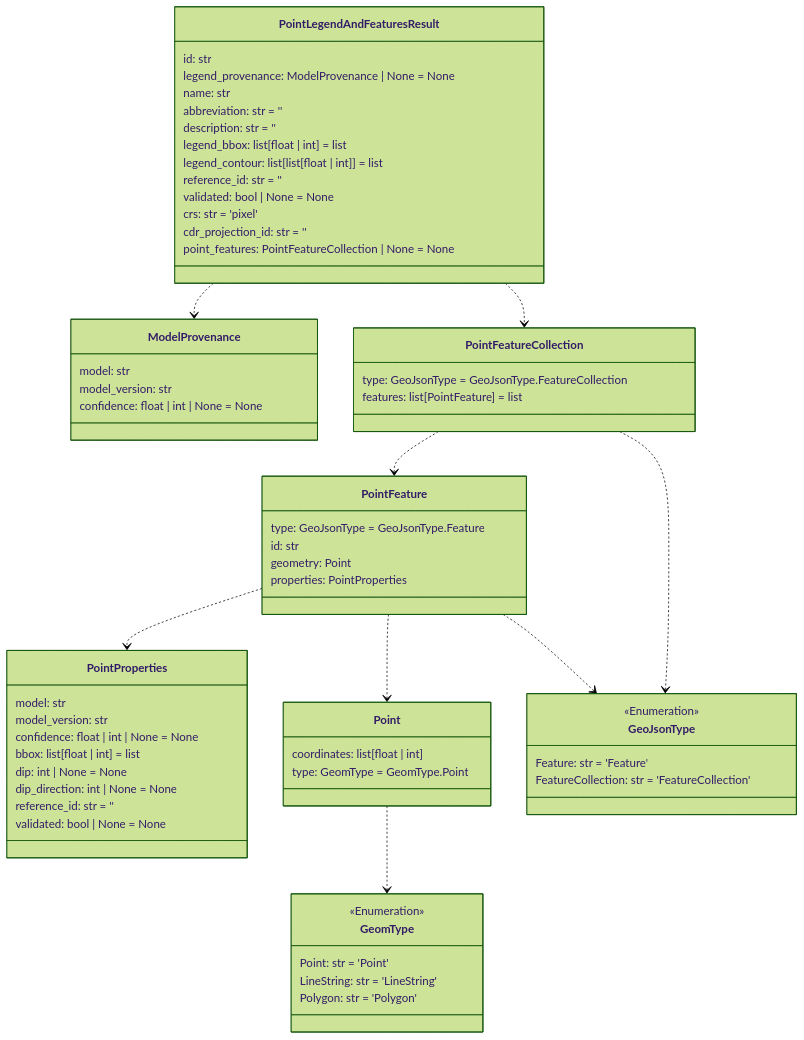
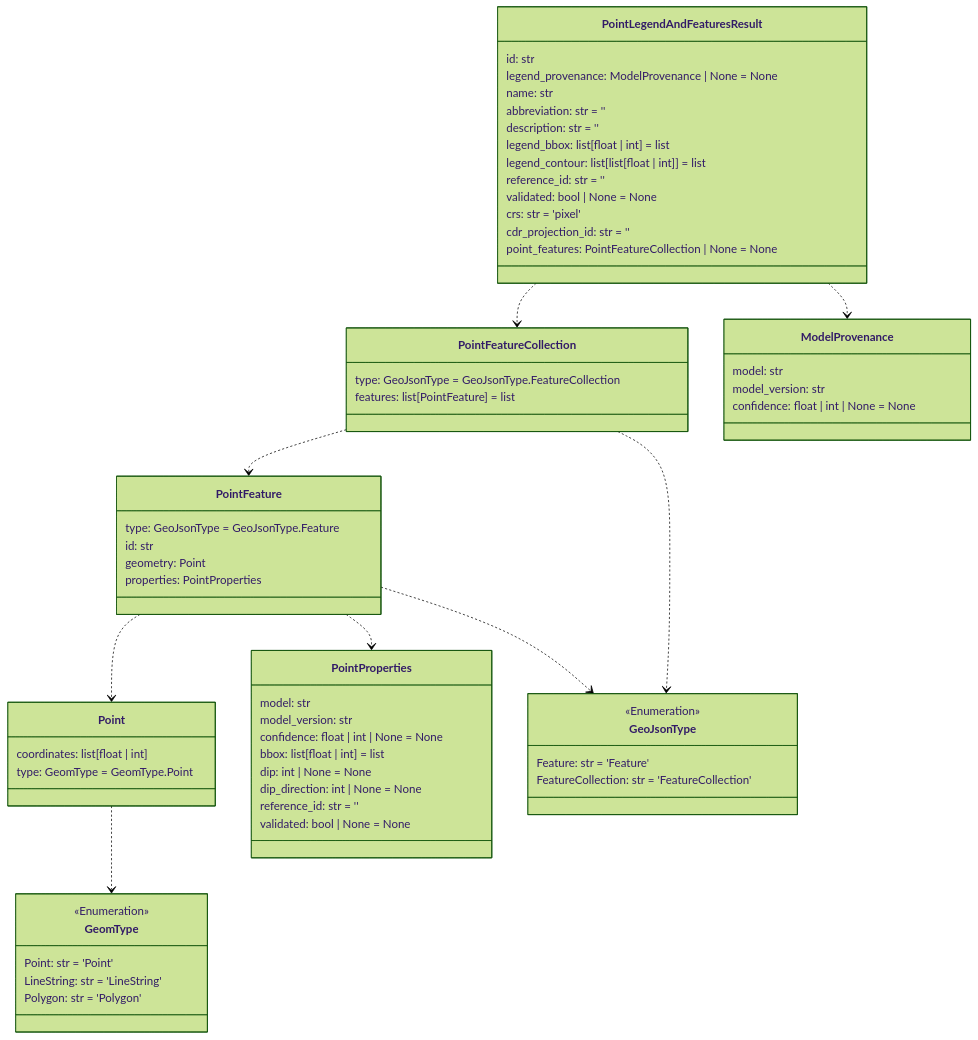
One commit to DARPA-CRITICALMAAS/cdr_schemas changed the fifth of 14 diagrams in README.md. Above: the diagram before and after it, drawn with Mermaid (forest theme). The commit also changed other lines of this file and 2 other files, not shown here.

````diff
--- a/README.md
+++ b/README.md
@@ -368,76 +368,76 @@
 ```mermaid
 classDiagram
+
+    class PointFeatureCollection {
+        type: GeoJsonType = GeoJsonType.FeatureCollection
+        features: list[PointFeature] = list
+    }
+
+    class PointFeature {
+        type: GeoJsonType = GeoJsonType.Feature
+        id: str
+        geometry: Point
+        properties: PointProperties
+    }
 
     class GeomType {
         <<Enumeration>>
         Point: str = 'Point'
         LineString: str = 'LineString'
         Polygon: str = 'Polygon'
+    }
+
+    class ModelProvenance {
+        model: str
+        model_version: str
+        confidence: float | int | None = None
+    }
+
+    class Point {
+        coordinates: list[float | int]
+        type: GeomType = GeomType.Point
     }
 
     class PointProperties {
         model: str
         model_version: str
         confidence: float | int | None = None
         bbox: list[float | int] = list
         dip: int | None = None
         dip_direction: int | None = None
         reference_id: str = ''
         validated: bool | None = None
     }
 
-    class Point {
-        coordinates: list[float | int]
-        type: GeomType = GeomType.Point
-    }
-
-    class ModelProvenance {
-        model: str
-        model_version: str
-        confidence: float | int | None = None
+    class GeoJsonType {
+        <<Enumeration>>
+        Feature: str = 'Feature'
+        FeatureCollection: str = 'FeatureCollection'
     }
 
     class PointLegendAndFeaturesResult {
         id: str
         legend_provenance: ModelProvenance | None = None
         name: str
         abbreviation: str = ''
         description: str = ''
         legend_bbox: list[float | int] = list
         legend_contour: list[list[float | int]] = list
         reference_id: str = ''
         validated: bool | None = None
         crs: str = 'pixel'
         cdr_projection_id: str = ''
         point_features: PointFeatureCollection | None = None
     }
 
-    class PointFeature {
-        type: GeoJsonType = GeoJsonType.Feature
-        id: str
-        geometry: Point
-        properties: PointProperties
-    }
-
-    class GeoJsonType {
-        <<Enumeration>>
-        Feature: str = 'Feature'
-        FeatureCollection: str = 'FeatureCollection'
-    }
-
-    class PointFeatureCollection {
-        type: GeoJsonType = GeoJsonType.FeatureCollection
-        features: list[PointFeature] = list
-    }
-
     Point ..> GeomType
-    PointFeature ..> Point
     PointFeature ..> GeoJsonType
     PointFeature ..> PointProperties
+    PointFeature ..> Point
     PointFeatureCollection ..> PointFeature
     PointFeatureCollection ..> GeoJsonType
     PointLegendAndFeaturesResult ..> PointFeatureCollection
     PointLegendAndFeaturesResult ..> ModelProvenance
 
 
 ```
````
